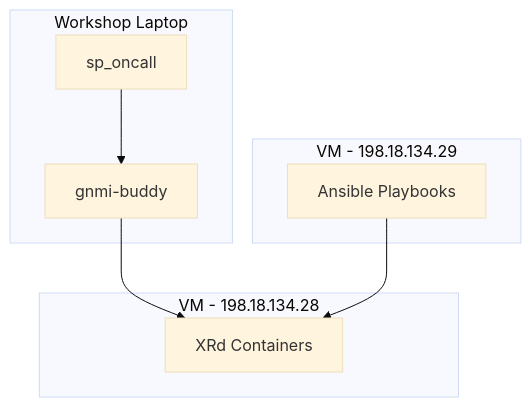
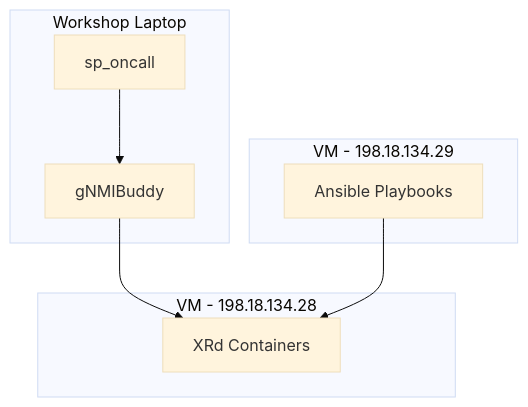
One commit to jillesca/DEVWKS-3337 changed the fourth of 4 diagrams in README.md. Above: the diagram before and after it, drawn with Mermaid (base theme).

````diff
--- a/README.md
+++ b/README.md
@@ -55,18 +55,18 @@
 ```mermaid
 flowchart TD
     subgraph VM - 198.18.134.28
         A[XRd Containers]
     end
 
     subgraph VM - 198.18.134.29
         F[Ansible Playbooks]
     end
 
     subgraph Workshop Laptop
         D[sp_oncall]
-        E[gnmi-buddy]
+        E[gNMIBuddy]
         D --> E
         E --> A
         F --> A
     end
 ```
````
